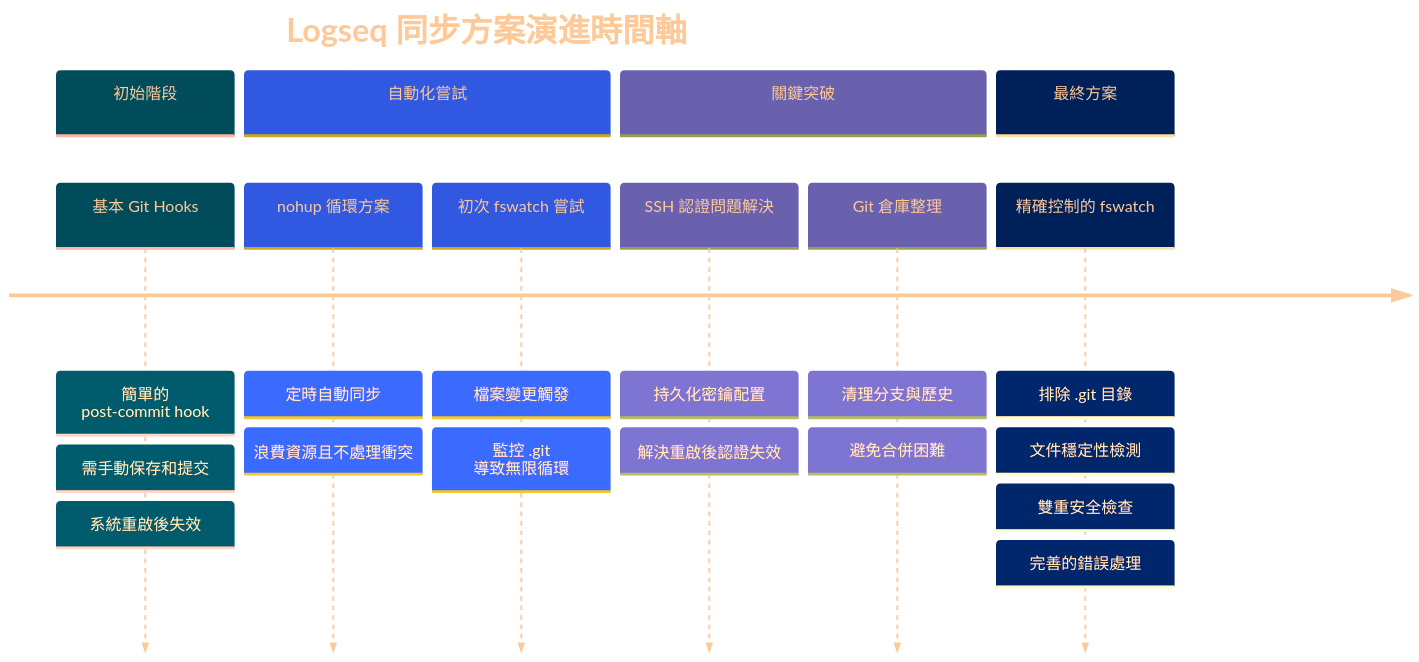
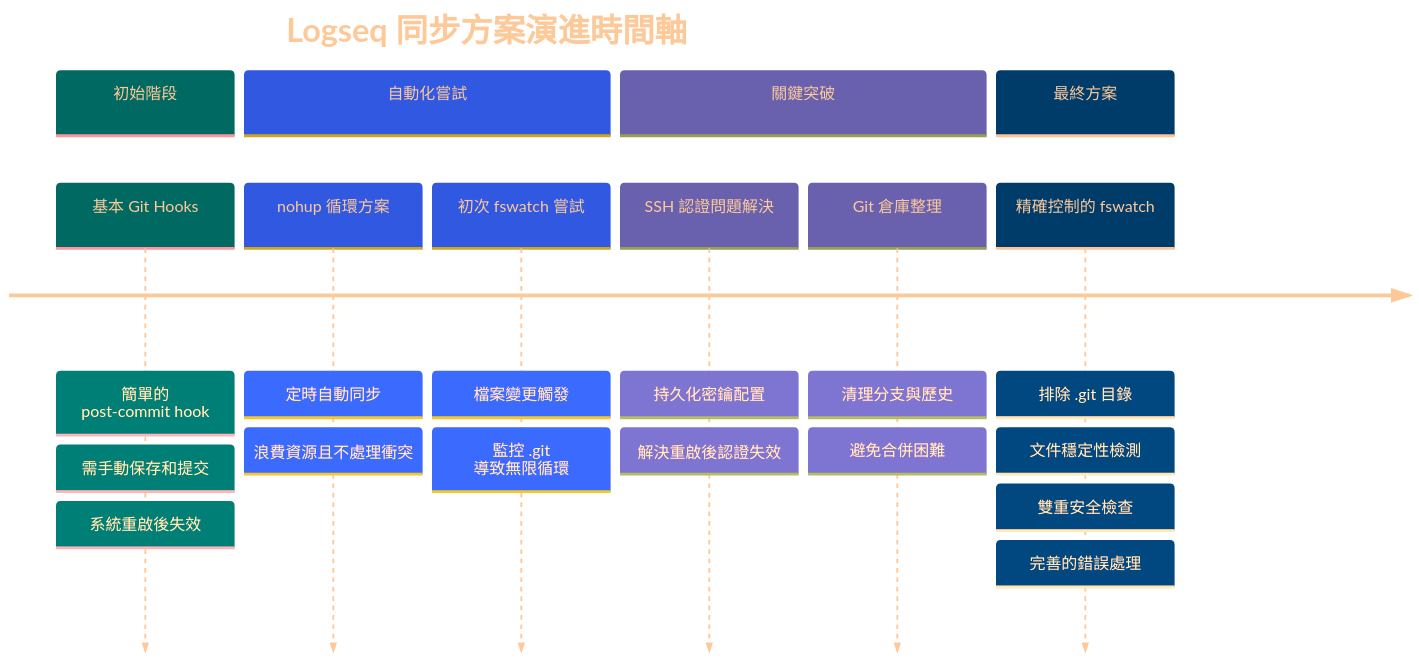
One commit to GengGeng026/Sync-Logseq changed the first of 2 diagrams in Logseq同步方案演進記錄.md. Above: the diagram before and after it, drawn with Mermaid.

Commit message:
Auto-sync: Wed Mar 26 10:49:44 +08 2025

````diff
--- a/Logseq同步方案演進記錄.md
+++ b/Logseq同步方案演進記錄.md
@@ -24,38 +24,38 @@
 ```mermaid
 %%{init: {
   'theme': 'base', 
   'themeVariables': {
     'primaryTextColor': '#FEC999',
-    'primaryColor': '#00B9D9',
+    'primaryColor': '#00E9D9',
     'secondaryColor': '#A0B2F1',
     'tertiaryColor': '#B9B5D9',
     'primaryBorderColor': '#A9D9D9',
     'background': 'transparent',
     'clusterBkg': 'transparent',
     'fontFamily': 'default',
     'fontSize': '17px',
     'fontWeight': 'normal'
   }
 }}%%
 timeline
     title Logseq 同步方案演進時間軸
     section 初始階段
         基本 Git Hooks : 簡單的 post-commit hook
         : 需手動保存和提交
         : 系統重啟後失效
     section 自動化嘗試
         nohup 循環方案 : 定時自動同步
         : 浪費資源且不處理衝突
         初次 fswatch 嘗試 : 檔案變更觸發
         : 監控 .git 導致無限循環
     section 關鍵突破
         SSH 認證問題解決 : 持久化密鑰配置
         : 解決重啟後認證失效
         Git 倉庫整理 : 清理分支與歷史
         : 避免合併困難
     section 最終方案
         精確控制的 fswatch : 排除 .git 目錄
         : 文件穩定性檢測
         : 雙重安全檢查
         : 完善的錯誤處理
 ```
````
